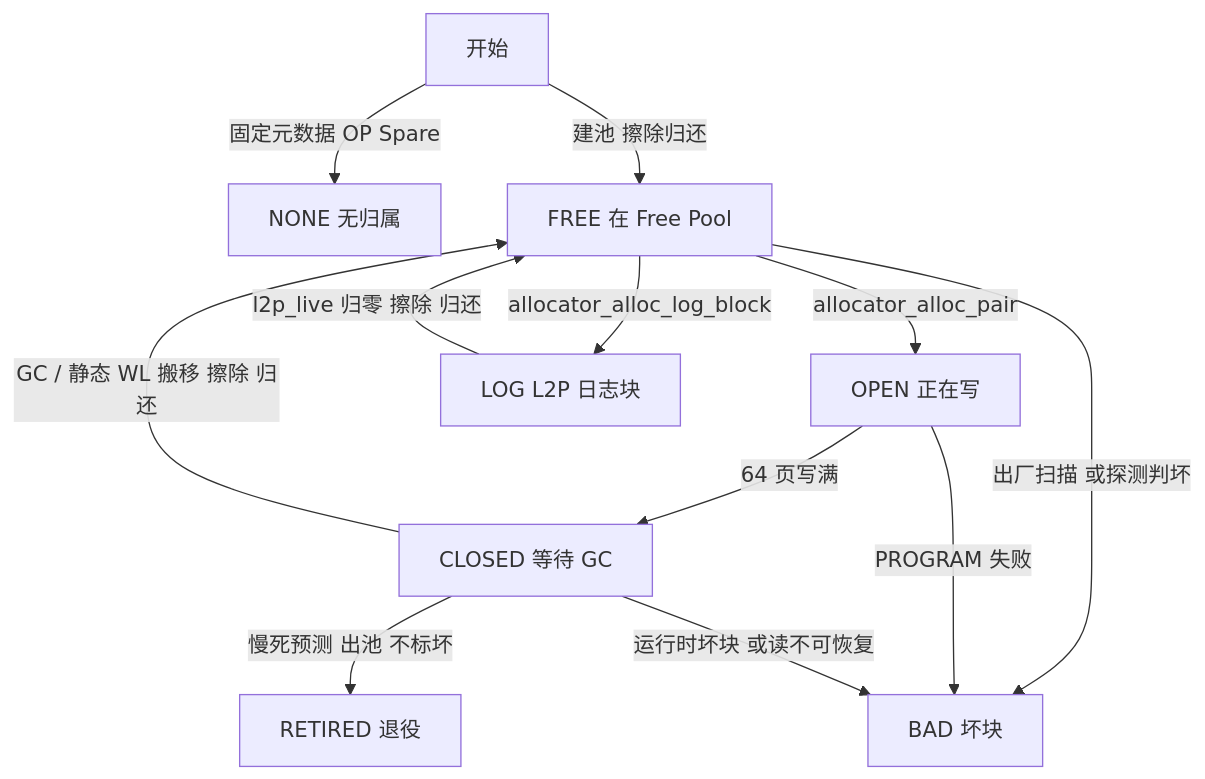
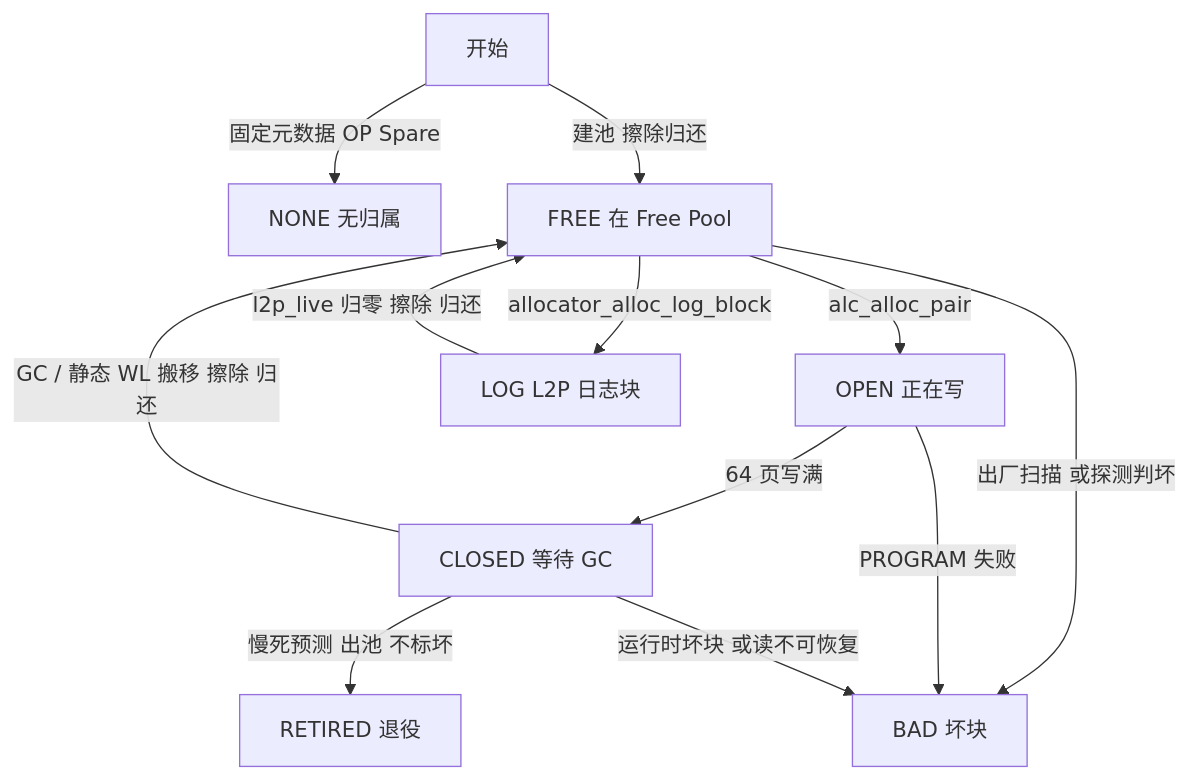
Before and after one commit to YzYMIAO/BASESSD: the seventh of 32 diagrams in docs/design/ftl_design.md, drawn with Mermaid. The commit also changed other lines of this file and 48 other files, not shown here.

````diff
--- a/docs/design/ftl_design.md
+++ b/docs/design/ftl_design.md
@@ -1291,22 +1291,22 @@
 ```mermaid
 flowchart TD
     START["开始"]
     NONE["NONE 无归属"]
     FREE["FREE 在 Free Pool"]
     OPEN["OPEN 正在写"]
     CLOSED["CLOSED 等待 GC"]
     LOG["LOG L2P 日志块"]
     RETIRED["RETIRED 退役"]
     BAD["BAD 坏块"]
     START -- "固定元数据 OP Spare" --> NONE
     START -- "建池 擦除归还" --> FREE
-    FREE -- "allocator_alloc_pair" --> OPEN
+    FREE -- "alc_alloc_pair" --> OPEN
     OPEN -- "64 页写满" --> CLOSED
     CLOSED -- "GC / 静态 WL 搬移 擦除 归还" --> FREE
     CLOSED -- "慢死预测 出池 不标坏" --> RETIRED
     FREE -- "allocator_alloc_log_block" --> LOG
     LOG -- "l2p_live 归零 擦除 归还" --> FREE
     FREE -- "出厂扫描 或探测判坏" --> BAD
     OPEN -- "PROGRAM 失败" --> BAD
     CLOSED -- "运行时坏块 或读不可恢复" --> BAD
 ```
````
